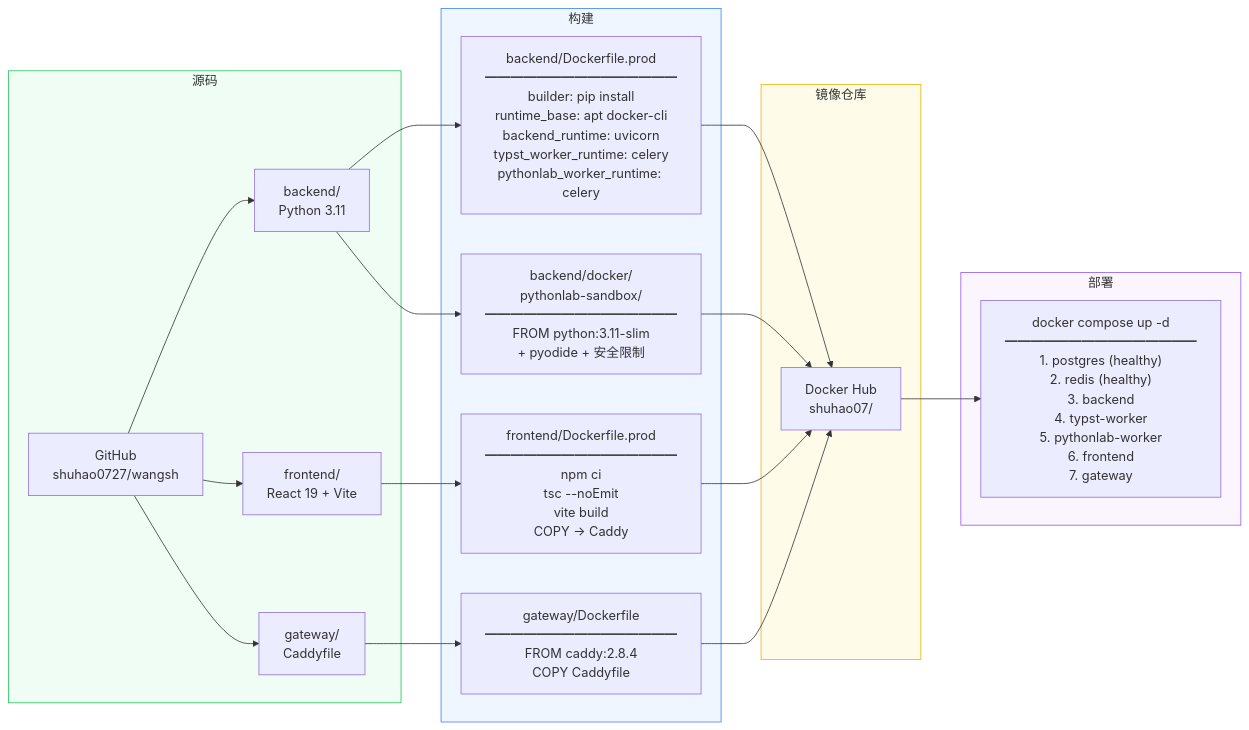
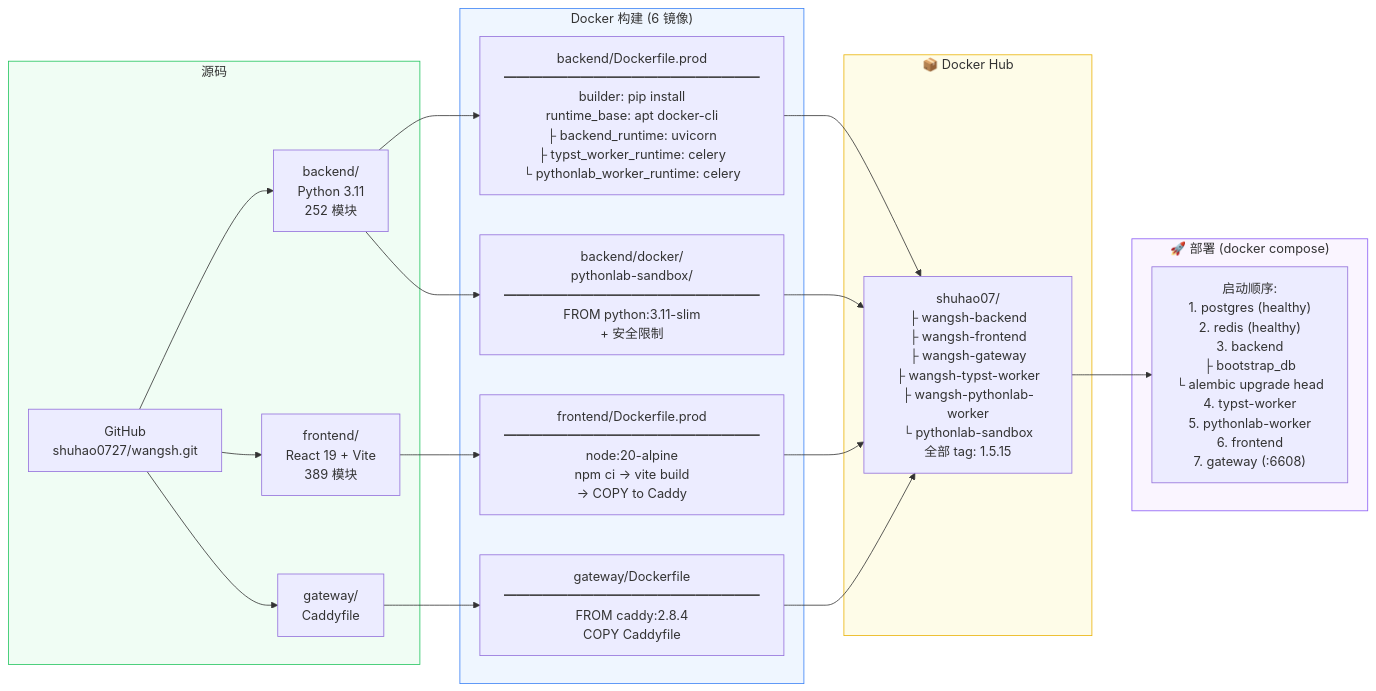
The seventh of 7 diagrams in DEPENDENCY_MAP.md (shuhao0727/wangsh), drawn with Mermaid before and after one commit. The commit also changed other lines of this file, not shown here.

First line of the commit message:
docs: update production dependency map — 1.5.15, new tables, data flow

````diff
--- a/DEPENDENCY_MAP.md
+++ b/DEPENDENCY_MAP.md
@@ -473,45 +480,37 @@
 ```mermaid
 graph LR
     subgraph Source["源码"]
-        GIT["GitHub<br/>shuhao0727/wangsh"]
-        BackendSrc["backend/<br/>Python 3.11"]
-        FrontendSrc["frontend/<br/>React 19 + Vite"]
-        GatewaySrc["gateway/<br/>Caddyfile"]
+        GIT["GitHub<br/>shuhao0727/wangsh.git"]
+        BE_SRC["backend/<br/>Python 3.11<br/>252 模块"]
+        FE_SRC["frontend/<br/>React 19 + Vite<br/>389 模块"]
+        GW_SRC["gateway/<br/>Caddyfile"]
     end
 
-    subgraph Build["构建"]
-        BEBuild["backend/Dockerfile.prod<br/>━━━━━━━━━━━━━━━<br/>builder: pip install<br/>runtime_base: apt docker-cli<br/>backend_runtime: uvicorn<br/>typst_worker_runtime: celery<br/>pythonlab_worker_runtime: celery"]
-        FEBuild["frontend/Dockerfile.prod<br/>━━━━━━━━━━━━━━━<br/>npm ci<br/>tsc --noEmit<br/>vite build<br/>COPY → Caddy"]
-        GWBuild["gateway/Dockerfile<br/>━━━━━━━━━━━━━━━<br/>FROM caddy:2.8.4<br/>COPY Caddyfile"]
-        SBbuild["backend/docker/<br/>pythonlab-sandbox/<br/>━━━━━━━━━━━━━━━<br/>FROM python:3.11-slim<br/>+ pyodide + 安全限制"]
+    subgraph Build["Docker 构建 (6 镜像)"]
+        BE_BUILD["backend/Dockerfile.prod<br/>━━━━━━━━━━━━━━━━━━━━<br/>builder: pip install<br/>runtime_base: apt docker-cli<br/>├ backend_runtime: uvicorn<br/>├ typst_worker_runtime: celery<br/>└ pythonlab_worker_runtime: celery"]
+        FE_BUILD["frontend/Dockerfile.prod<br/>━━━━━━━━━━━━━━━━━━━━<br/>node:20-alpine<br/>npm ci → vite build<br/>→ COPY to Caddy"]
+        GW_BUILD["gateway/Dockerfile<br/>━━━━━━━━━━━━━━━━━━━━<br/>FROM caddy:2.8.4<br/>COPY Caddyfile"]
+        SB_BUILD["backend/docker/<br/>pythonlab-sandbox/<br/>━━━━━━━━━━━━━━━━━━━━<br/>FROM python:3.11-slim<br/>+ 安全限制"]
     end
 
-    subgraph Registry["镜像仓库"]
-        DH["Docker Hub<br/>shuhao07/"]
+    subgraph Registry["📦 Docker Hub"]
+        DH["shuhao07/<br/>├ wangsh-backend<br/>├ wangsh-frontend<br/>├ wangsh-gateway<br/>├ wangsh-typst-worker<br/>├ wangsh-pythonlab-worker<br/>└ pythonlab-sandbox<br/>全部 tag: 1.5.15"]
     end
 
-    subgraph Deploy["部署"]
-        DC["docker compose up -d<br/>━━━━━━━━━━━━━━━<br/>1. postgres (healthy)<br/>2. redis (healthy)<br/>3. backend<br/>4. typst-worker<br/>5. pythonlab-worker<br/>6. frontend<br/>7. gateway"]
+    subgraph Deploy["🚀 部署 (docker compose)"]
+        DC["启动顺序:<br/>1. postgres (healthy)<br/>2. redis (healthy)<br/>3. backend<br/>    ├ bootstrap_db<br/>    └ alembic upgrade head<br/>4. typst-worker<br/>5. pythonlab-worker<br/>6. frontend<br/>7. gateway (:6608)"]
     end
 
-    GIT --> BackendSrc
-    GIT --> FrontendSrc
-    GIT --> GatewaySrc
-
-    BackendSrc --> BEBuild
-    FrontendSrc --> FEBuild
-    GatewaySrc --> GWBuild
-    BackendSrc --> SBbuild
-
-    BEBuild --> DH
-    FEBuild --> DH
-    GWBuild --> DH
-    SBbuild --> DH
-
+    GIT --> BE_SRC & FE_SRC & GW_SRC
+    BE_SRC --> BE_BUILD
+    FE_SRC --> FE_BUILD
+    GW_SRC --> GW_BUILD
+    BE_SRC --> SB_BUILD
+    BE_BUILD & FE_BUILD & GW_BUILD & SB_BUILD --> DH
     DH --> DC
 
     style Source fill:#f0fdf4,stroke:#22c55e
     style Build fill:#eff6ff,stroke:#3b82f6
     style Registry fill:#fefce8,stroke:#eab308
     style Deploy fill:#faf5ff,stroke:#8b5cf6
 ```
````
